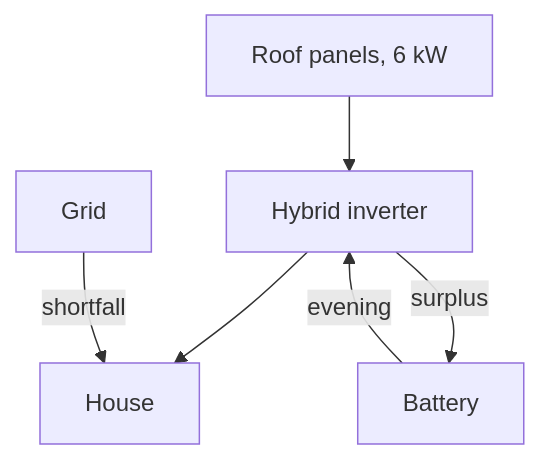
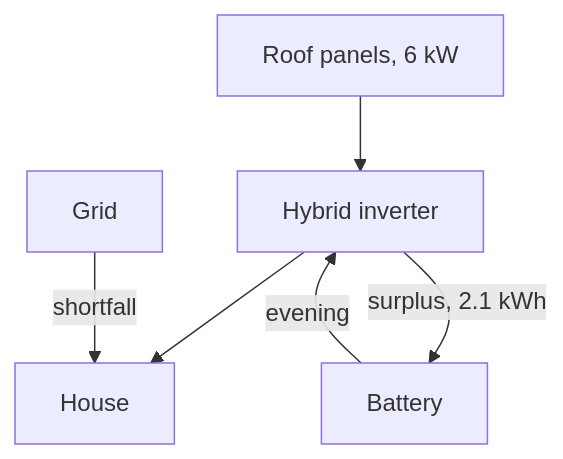
The first of 2 diagrams in test/fixtures/mdx-all/page.mdx (barisgit/explainer-skill), drawn with Mermaid before and after one commit. The commit also changed other lines of this file and 19 other files, not shown here.

First line of the commit message:
feat(kit): number tags on Mermaid nodes, with mentions drawn as the same tag

````diff
--- a/test/fixtures/mdx-all/page.mdx
+++ b/test/fixtures/mdx-all/page.mdx
@@ -65,8 +65,8 @@
-```mermaid
+```mermaid tag:panels=1 tag:inverter=2 tag:battery=3 tag:grid=4
 flowchart TD
 	panels["Roof panels, 6 kW"] --> inverter["Hybrid inverter"]
 	inverter --> house["House"]
-	inverter -->|"surplus"| battery["Battery"]
+	inverter -->|"surplus, 2.1 kWh"| battery["Battery"]
 	battery -->|"evening"| inverter
 	grid["Grid"] -->|"shortfall"| house
 ```
````
